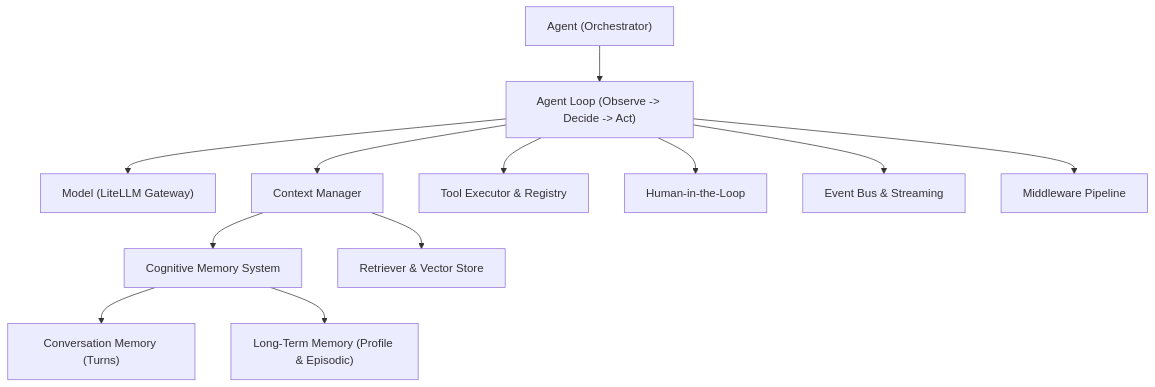
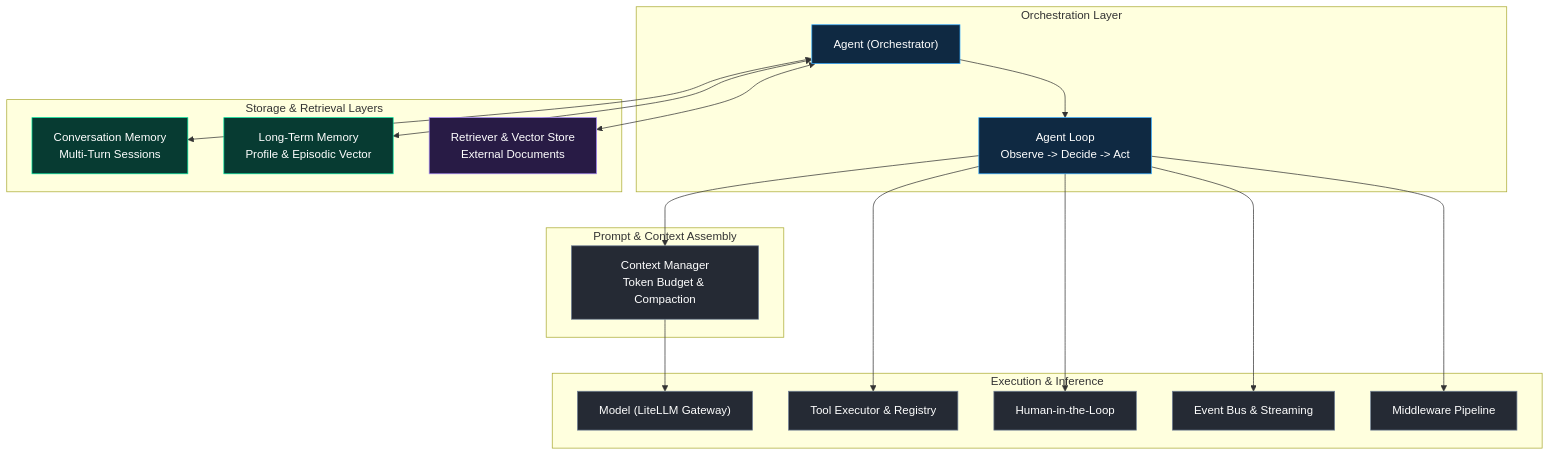
The diagram in README.md (aarumugapandi-t/litellm-adk), drawn with Mermaid before and after one commit. The commit also changed other lines of this file and 7 other files, not shown here.

````diff
--- a/README.md
+++ b/README.md
@@ -18,14 +18,34 @@
 ```mermaid
-graph TD
-    Agent["Agent (Orchestrator)"] --> Loop["Agent Loop (Observe -> Decide -> Act)"]
-    Loop --> Model["Model (LiteLLM Gateway)"]
-    Loop --> ContextMgr["Context Manager"]
-    Loop --> ToolExec["Tool Executor & Registry"]
-    Loop --> HITL["Human-in-the-Loop"]
-    Loop --> EventBus["Event Bus & Streaming"]
-    Loop --> Middleware["Middleware Pipeline"]
-    ContextMgr --> Memory["Cognitive Memory System"]
-    Memory --> ConvMem["Conversation Memory (Turns)"]
-    Memory --> LongTermMem["Long-Term Memory (Profile & Episodic)"]
-    ContextMgr --> RAG["Retriever & Vector Store"]
+flowchart TD
+    subgraph Orchestration ["Orchestration Layer"]
+        Agent["Agent (Orchestrator)"] --> Loop["Agent Loop<br/>Observe -> Decide -> Act"]
+    end
+
+    subgraph Storage ["Storage & Retrieval Layers"]
+        Agent <--> ConvMem["Conversation Memory<br/>Multi-Turn Sessions"]
+        Agent <--> LongTermMem["Long-Term Memory<br/>Profile & Episodic Vector"]
+        Agent <--> RAG["Retriever & Vector Store<br/>External Documents"]
+    end
+
+    subgraph Assembly ["Prompt & Context Assembly"]
+        Loop --> ContextMgr["Context Manager<br/>Token Budget & Compaction"]
+    end
+
+    subgraph Execution ["Execution & Inference"]
+        ContextMgr --> Model["Model (LiteLLM Gateway)"]
+        Loop --> ToolExec["Tool Executor & Registry"]
+        Loop --> HITL["Human-in-the-Loop"]
+        Loop --> EventBus["Event Bus & Streaming"]
+        Loop --> Middleware["Middleware Pipeline"]
+    end
+
+    classDef agent fill:#0f2942,stroke:#33aaff,color:#fff
+    classDef memory fill:#073b32,stroke:#00e6a0,color:#fff
+    classDef retrieval fill:#281b45,stroke:#a78bfa,color:#fff
+    classDef system fill:#252a34,stroke:#718096,color:#fff
+
+    class Agent,Loop agent
+    class ConvMem,LongTermMem memory
+    class RAG retrieval
+    class ContextMgr,Model,ToolExec,HITL,EventBus,Middleware system
 ```
````
